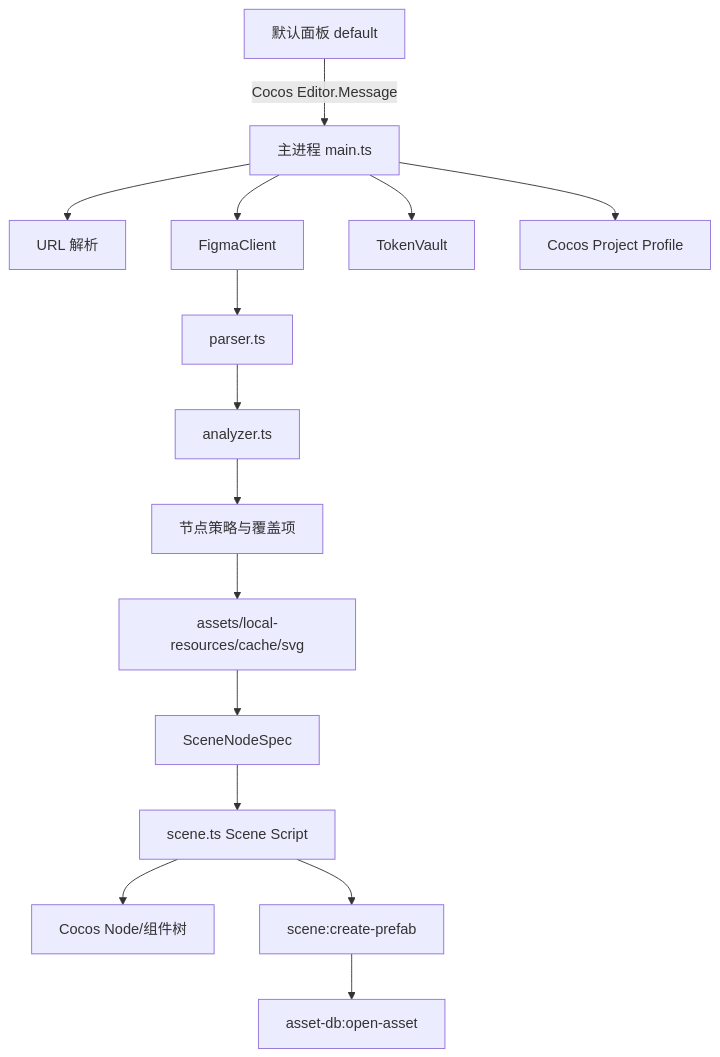
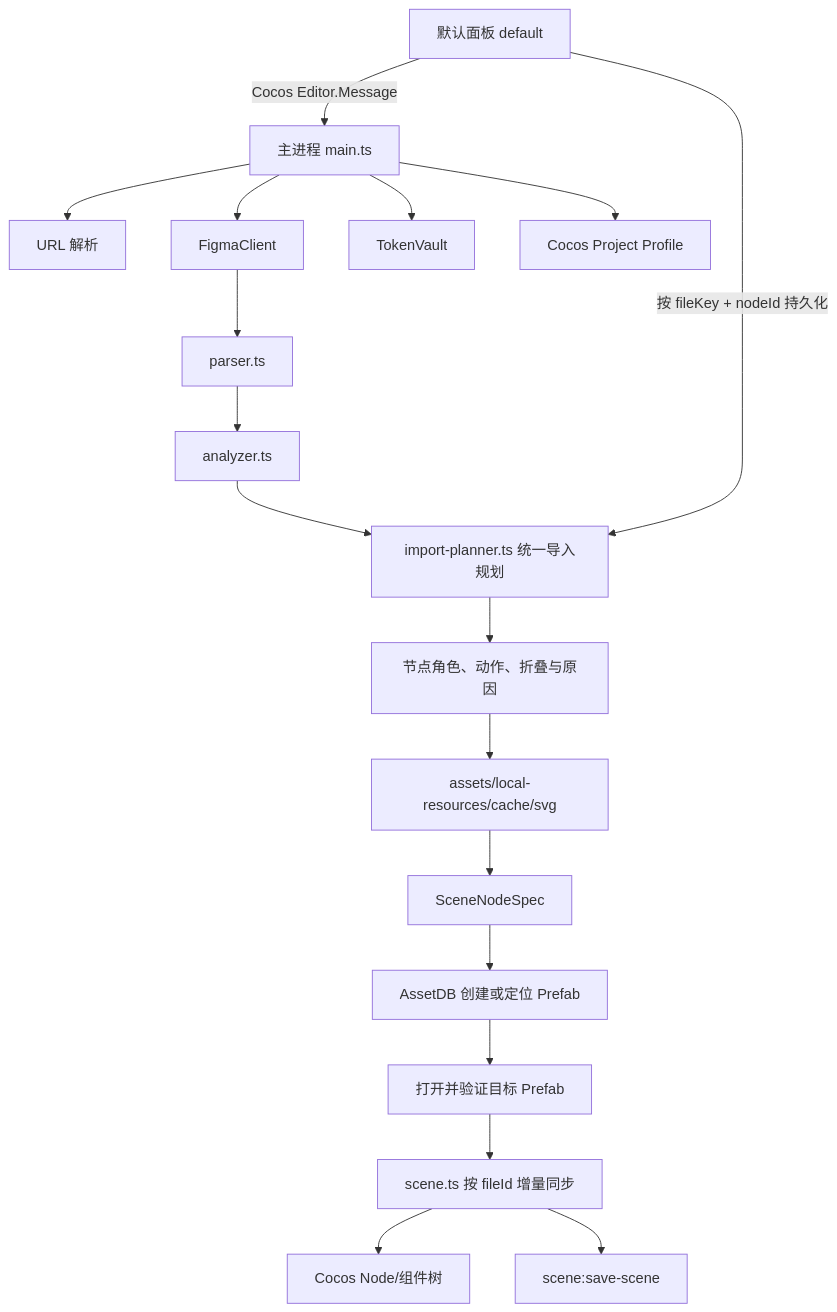
Before and after one commit to lambertlbss/cocos: the diagram in FIGMA_IMPORTER_KNOWLEDGE_BASE.md, drawn with Mermaid. The commit also changed other lines of this file and 20 other files, not shown here.

````diff
--- a/FIGMA_IMPORTER_KNOWLEDGE_BASE.md
+++ b/FIGMA_IMPORTER_KNOWLEDGE_BASE.md
@@ -62,17 +62,20 @@
 ```mermaid
 flowchart TD
     UI[默认面板 default] -->|Cocos Editor.Message| MAIN[主进程 main.ts]
     MAIN --> URL[URL 解析]
     MAIN --> CLIENT[FigmaClient]
     CLIENT --> PARSER[parser.ts]
     PARSER --> ANALYZER[analyzer.ts]
-    ANALYZER --> DECISIONS[节点策略与覆盖项]
+    ANALYZER --> PLANNER[import-planner.ts 统一导入规划]
+    UI -->|按 fileKey + nodeId 持久化| PLANNER
+    PLANNER --> DECISIONS[节点角色、动作、折叠与原因]
     DECISIONS --> ASSETS[assets/local-resources/cache/svg]
     ASSETS --> SPECS[SceneNodeSpec]
-    SPECS --> SCENE[scene.ts Scene Script]
+    SPECS --> ASSETDB[AssetDB 创建或定位 Prefab]
+    ASSETDB --> PREFAB[打开并验证目标 Prefab]
+    PREFAB --> SCENE[scene.ts 按 fileId 增量同步]
     SCENE --> NODES[Cocos Node/组件树]
-    SCENE --> PREFAB[scene:create-prefab]
-    PREFAB --> ASSETDB[asset-db:open-asset]
+    SCENE --> SAVE[scene:save-scene]
     MAIN --> VAULT[TokenVault]
     MAIN --> PROFILE[Cocos Project Profile]
 ```
````
